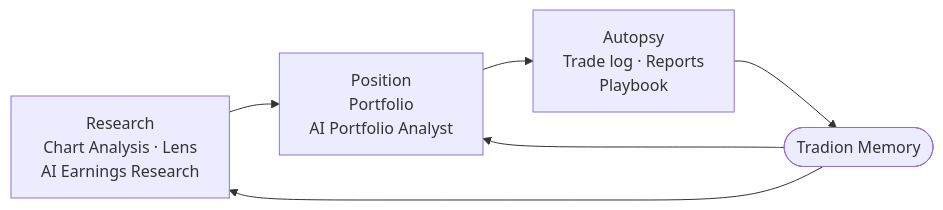
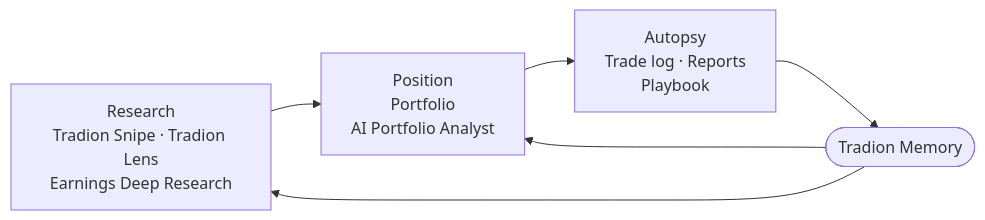
Before and after one commit to ishraq21/tradion-doc-site: the diagram in concepts/the-loop.mdx, drawn with Mermaid. The commit also changed other lines of this file and 30 other files, not shown here.

First line of the commit message:
Rename Chart Analysis, Lens, and Earnings Research across the docs

````diff
--- a/concepts/the-loop.mdx
+++ b/concepts/the-loop.mdx
@@ -9,8 +9,8 @@
 ```mermaid
 flowchart LR
-    A["Research<br/>Chart Analysis · Lens<br/>AI Earnings Research"] --> B["Position<br/>Portfolio<br/>AI Portfolio Analyst"]
+    A["Research<br/>Tradion Snipe · Tradion Lens<br/>Earnings Deep Research"] --> B["Position<br/>Portfolio<br/>AI Portfolio Analyst"]
     B --> C["Autopsy<br/>Trade log · Reports<br/>Playbook"]
     C --> D(["Tradion Memory"])
     D --> A
     D --> B
 ```
````
